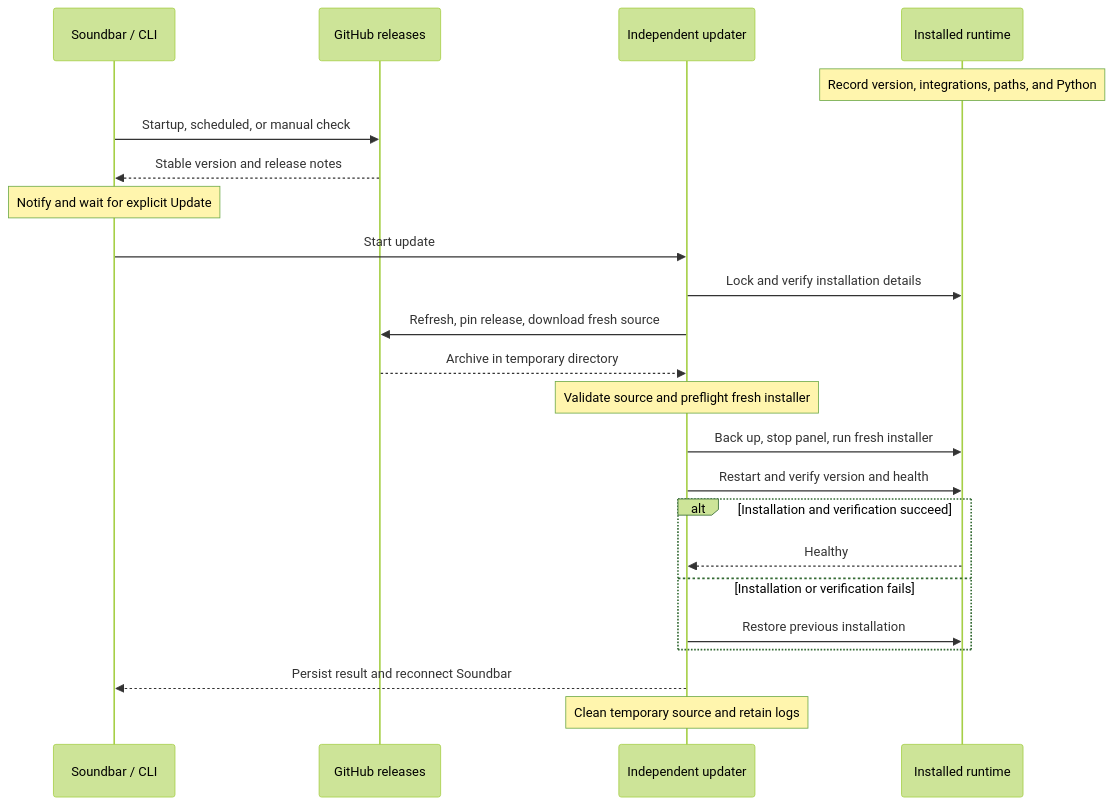
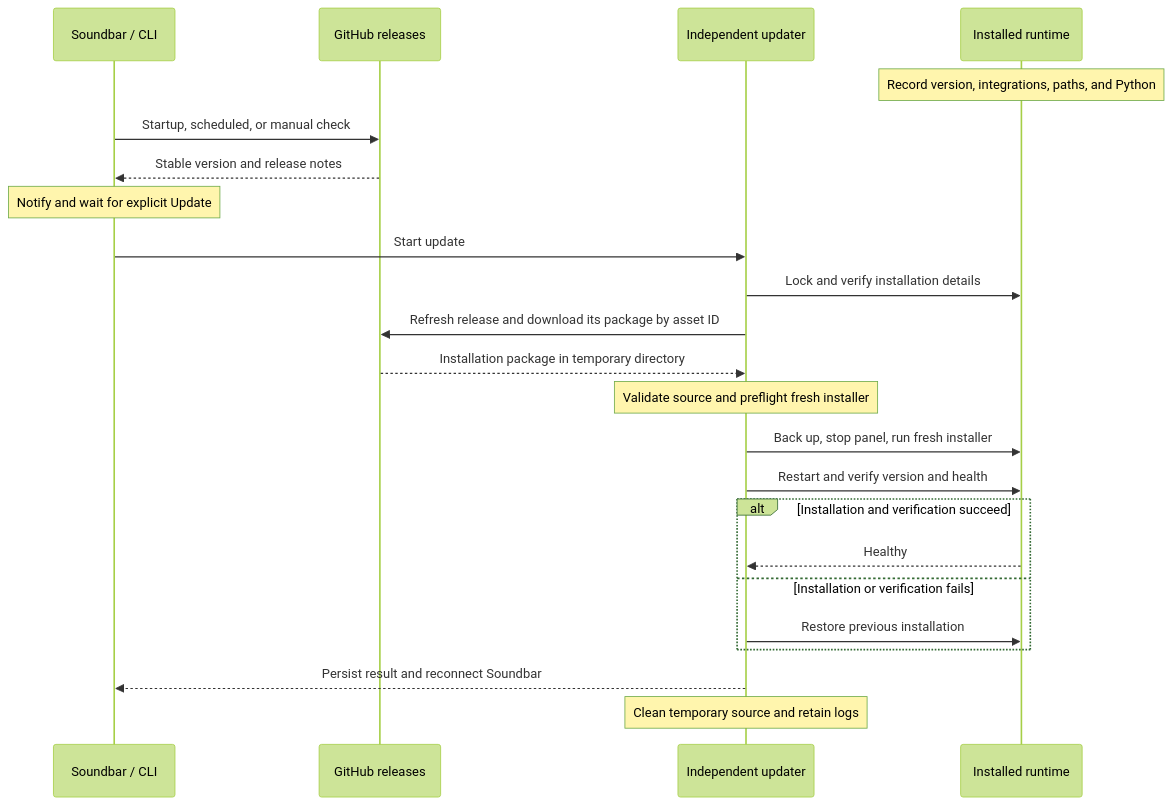
One commit to zorhay/code-gossip changed the seventh of 7 diagrams in ARCHITECTURE.md. Above: the diagram before and after it, drawn with Mermaid (forest theme). The commit also changed other lines of this file and 25 other files, not shown here.

Commit message:
Unify installation and updates around release packages

````diff
--- a/ARCHITECTURE.md
+++ b/ARCHITECTURE.md
@@ -324,25 +327,25 @@
 ```mermaid
 sequenceDiagram
     participant UI as Soundbar / CLI
     participant GitHub as GitHub releases
     participant Worker as Independent updater
     participant Runtime as Installed runtime
     Note over Runtime: Record version, integrations, paths, and Python
     UI->>GitHub: Startup, scheduled, or manual check
     GitHub-->>UI: Stable version and release notes
     Note over UI: Notify and wait for explicit Update
     UI->>Worker: Start update
     Worker->>Runtime: Lock and verify installation details
-    Worker->>GitHub: Refresh, pin release, download fresh source
-    GitHub-->>Worker: Archive in temporary directory
+    Worker->>GitHub: Refresh release and download its package by asset ID
+    GitHub-->>Worker: Installation package in temporary directory
     Note over Worker: Validate source and preflight fresh installer
     Worker->>Runtime: Back up, stop panel, run fresh installer
     Worker->>Runtime: Restart and verify version and health
     alt Installation and verification succeed
         Runtime-->>Worker: Healthy
     else Installation or verification fails
         Worker->>Runtime: Restore previous installation
     end
     Worker-->>UI: Persist result and reconnect Soundbar
     Note over Worker: Clean temporary source and retain logs
 ```
````
